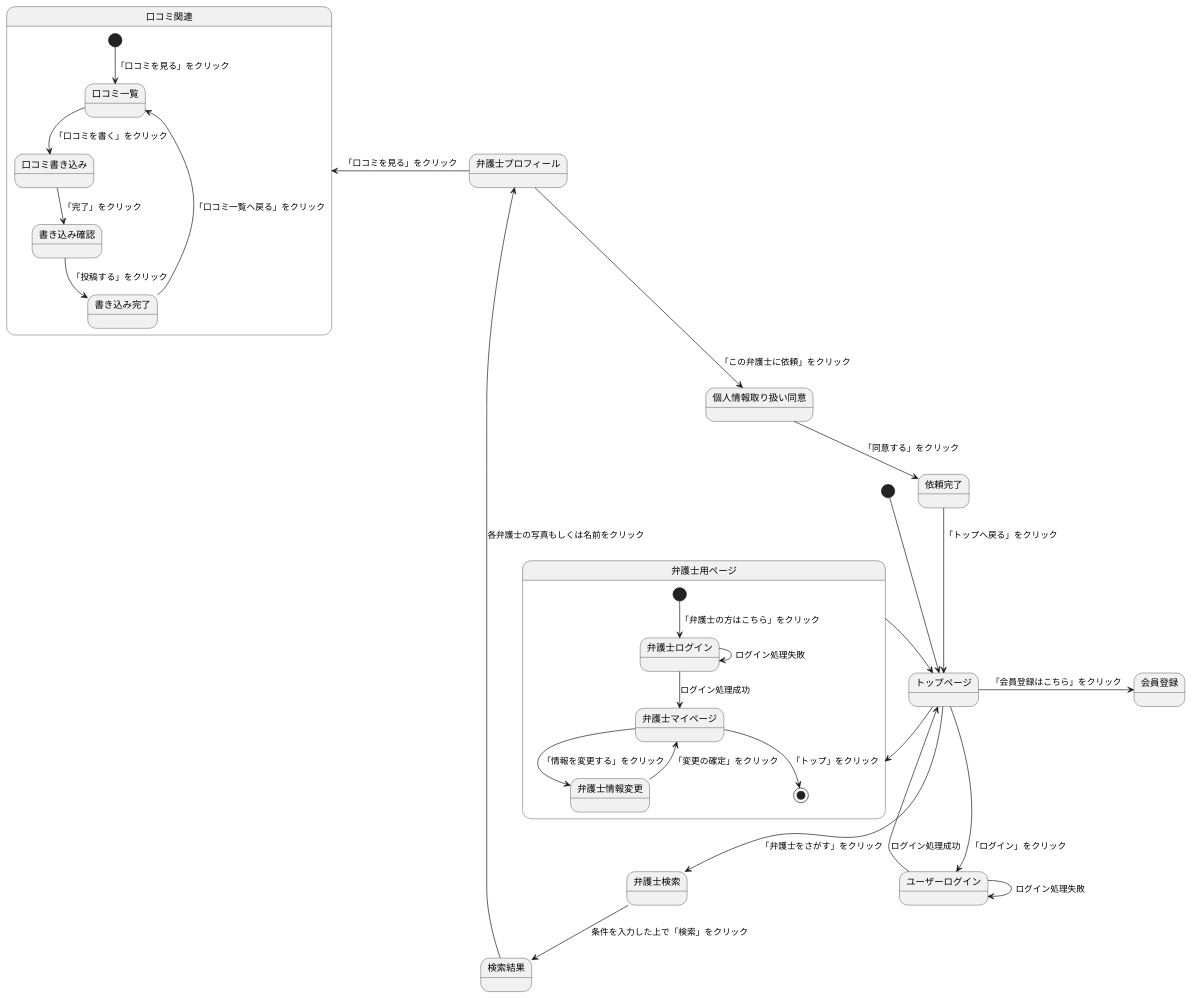
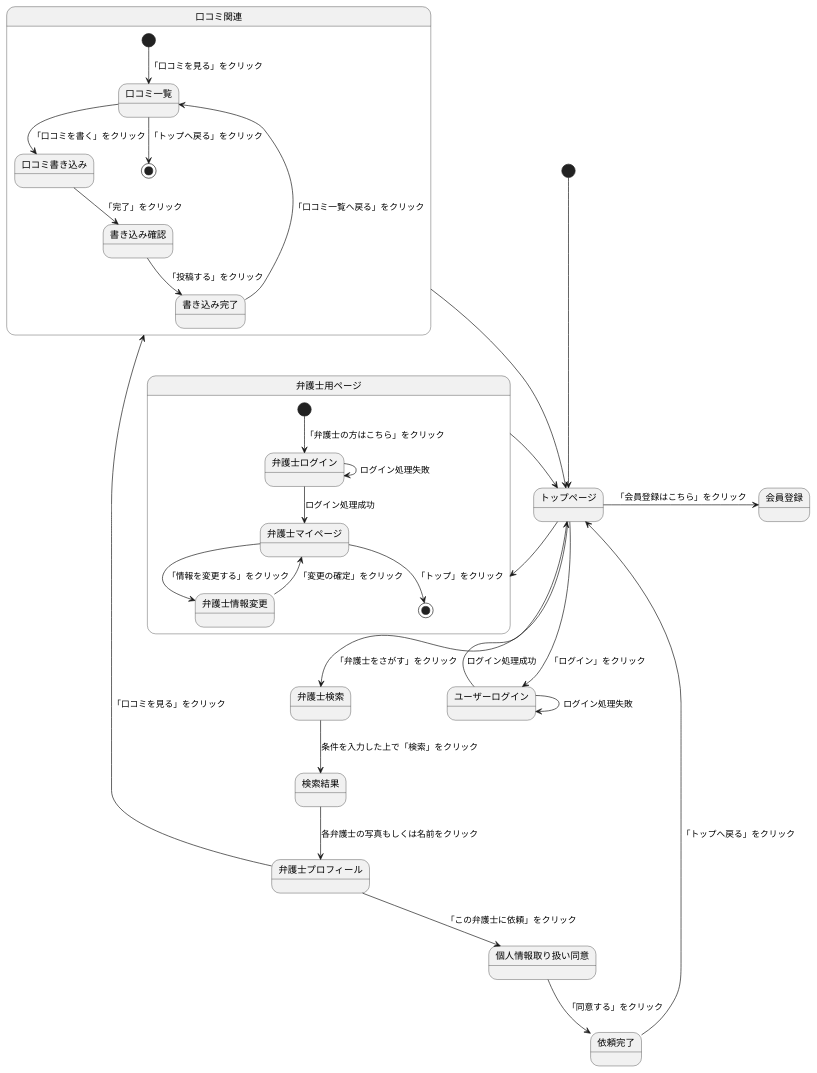
The diagram in 0524kadai.md (Aso2001374/2021sys-design), drawn with PlantUML before and after one commit.

````diff
--- a/0524kadai.md
+++ b/0524kadai.md
@@ -1,37 +1,39 @@
 ```uml
 @startuml
 [*] --> トップページ
 トップページ -> 会員登録:「会員登録はこちら」をクリック
 トップページ --> ユーザーログイン:「ログイン」をクリック
 ユーザーログイン--> トップページ: ログイン処理成功
 ユーザーログイン--> ユーザーログイン: ログイン処理失敗
 
 トップページ -left-> 弁護士用ページ
 state 弁護士用ページ{
 [*] --> 弁護士ログイン:「弁護士の方はこちら」をクリック
 弁護士ログイン--> 弁護士ログイン: ログイン処理失敗
 弁護士ログイン--> 弁護士マイページ: ログイン処理成功
 弁護士マイページ--> 弁護士情報変更: 「情報を変更する」をクリック
 弁護士情報変更--> 弁護士マイページ: 「変更の確定」をクリック
 弁護士マイページ--> [*]: 「トップ」をクリック
 }
 弁護士用ページ -right-> トップページ
 
 トップページ --> 弁護士検索:「弁護士をさがす」をクリック
 弁護士検索 --> 検索結果: 条件を入力した上で「検索」をクリック
 検索結果 -down-> 弁護士プロフィール: 各弁護士の写真もしくは名前をクリック
 弁護士プロフィール -left-> 口コミ関連:「口コミを見る」をクリック
 弁護士プロフィール --> 個人情報取り扱い同意:「この弁護士に依頼」をクリック
 個人情報取り扱い同意-->依頼完了:「同意する」をクリック
 依頼完了-->トップページ:「トップへ戻る」をクリック
 
 state 口コミ関連{
 [*] --> 口コミ一覧 : 「口コミを見る」をクリック
 口コミ一覧 --> 口コミ書き込み:「口コミを書く」をクリック
 口コミ書き込み --> 書き込み確認:「完了」をクリック
 書き込み確認 --> 書き込み完了:「投稿する」をクリック
 書き込み完了 --> 口コミ一覧:「口コミ一覧へ戻る」をクリック
+口コミ一覧 --> [*]:「トップへ戻る」をクリック
 }
+口コミ関連 --> トップページ
 
 @enduml
 ```
````
